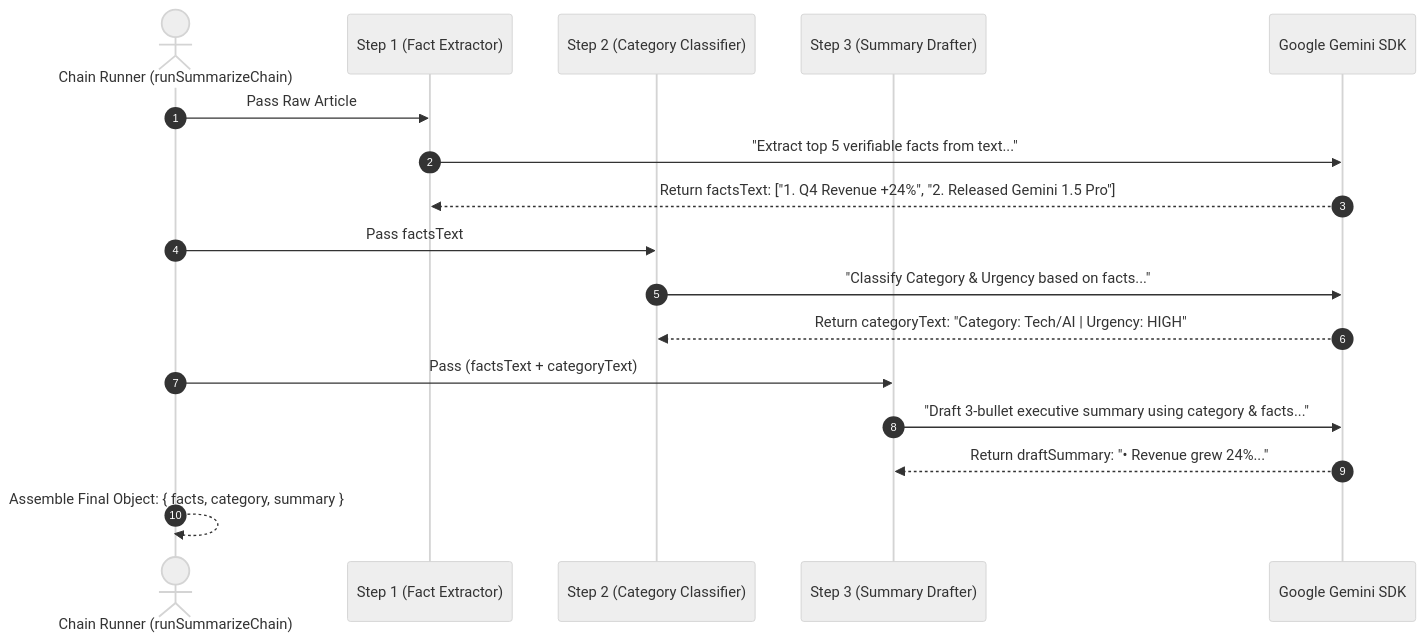
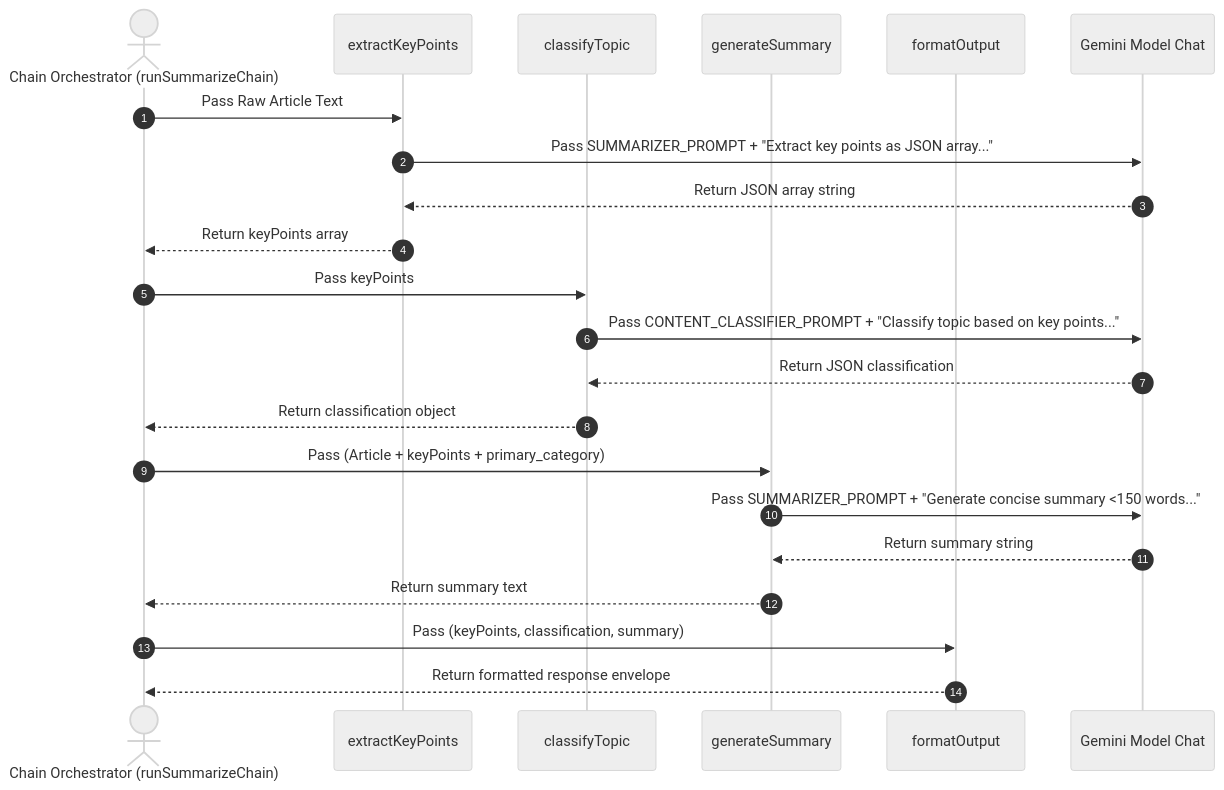
Before and after one commit to Amie-dev/engineering-playbook: the second of 2 diagrams in agentic-ai-notes/01-chai-summarizer/04-summarize-chain.md, drawn with Mermaid (neutral theme). The commit also changed other lines of this file and 27 other files, not shown here.

````diff
--- a/agentic-ai-notes/01-chai-summarizer/04-summarize-chain.md
+++ b/agentic-ai-notes/01-chai-summarizer/04-summarize-chain.md
@@ -34,23 +41,28 @@
 ```mermaid
 sequenceDiagram
     autonumber
-    actor Runner as Chain Runner (runSummarizeChain)
-    participant Step1 as Step 1 (Fact Extractor)
-    participant Step2 as Step 2 (Category Classifier)
-    participant Step3 as Step 3 (Summary Drafter)
-    participant LLM as Google Gemini SDK
+    actor Runner as Chain Orchestrator (runSummarizeChain)
+    participant Step1 as extractKeyPoints
+    participant Step2 as classifyTopic
+    participant Step3 as generateSummary
+    participant Step4 as formatOutput
+    participant LLM as Gemini Model Chat
 
-    Runner->>Step1: Pass Raw Article
-    Step1->>LLM: "Extract top 5 verifiable facts from text..."
-    LLM-->>Step1: Return factsText: ["1. Q4 Revenue +24%", "2. Released Gemini 1.5 Pro"]
+    Runner->>Step1: Pass Raw Article Text
+    Step1->>LLM: Pass SUMMARIZER_PROMPT + "Extract key points as JSON array..."
+    LLM-->>Step1: Return JSON array string
+    Step1-->>Runner: Return keyPoints array
 
-    Runner->>Step2: Pass factsText
-    Step2->>LLM: "Classify Category & Urgency based on facts..."
-    LLM-->>Step2: Return categoryText: "Category: Tech/AI | Urgency: HIGH"
+    Runner->>Step2: Pass keyPoints
+    Step2->>LLM: Pass CONTENT_CLASSIFIER_PROMPT + "Classify topic based on key points..."
+    LLM-->>Step2: Return JSON classification
+    Step2-->>Runner: Return classification object
 
-    Runner->>Step3: Pass (factsText + categoryText)
-    Step3->>LLM: "Draft 3-bullet executive summary using category & facts..."
-    LLM-->>Step3: Return draftSummary: "• Revenue grew 24%..."
+    Runner->>Step3: Pass (Article + keyPoints + primary_category)
+    Step3->>LLM: Pass SUMMARIZER_PROMPT + "Generate concise summary <150 words..."
+    LLM-->>Step3: Return summary string
+    Step3-->>Runner: Return summary text
 
-    Runner-->>Runner: Assemble Final Object: { facts, category, summary }
+    Runner->>Step4: Pass (keyPoints, classification, summary)
+    Step4-->>Runner: Return formatted response envelope
 ```
````
